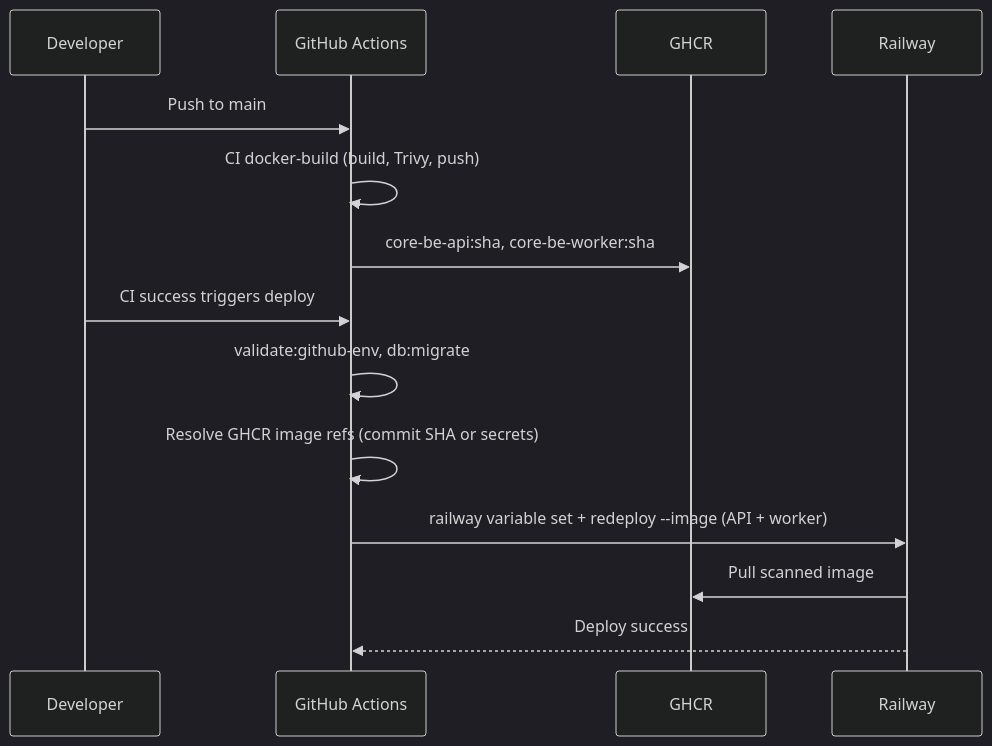
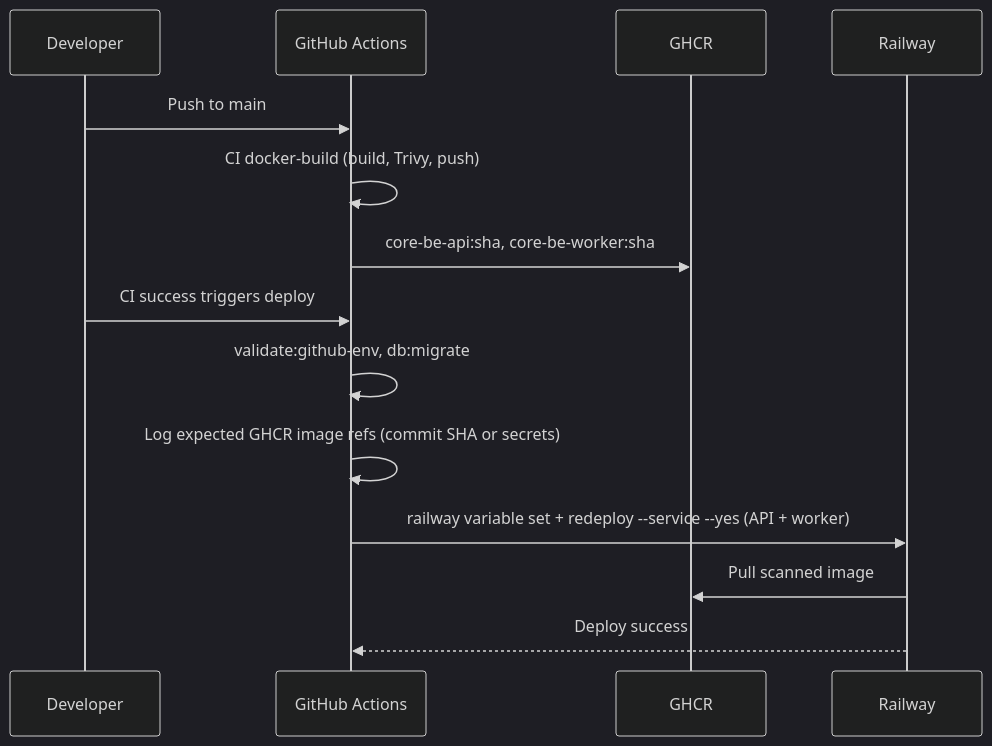
The fourth of 6 diagrams in docs/deployment/ci-cd/cicd-and-deployment.md (nikunjmavani/core-be), drawn with Mermaid (dark theme) before and after one commit. The commit also changed other lines of this file and 3 other files, not shown here.

First line of the commit message:
fix(ci): use supported Railway redeploy command

````diff
--- a/docs/deployment/ci-cd/cicd-and-deployment.md
+++ b/docs/deployment/ci-cd/cicd-and-deployment.md
@@ -219,17 +219,17 @@
 ```mermaid
 sequenceDiagram
   participant Dev as Developer
   participant GH as GitHub Actions
   participant GHCR as GHCR
   participant Railway as Railway
 
   Dev->>GH: Push to main
   GH->>GH: CI docker-build (build, Trivy, push)
   GH->>GHCR: core-be-api:sha, core-be-worker:sha
   Dev->>GH: CI success triggers deploy
   GH->>GH: validate:github-env, db:migrate
-  GH->>GH: Resolve GHCR image refs (commit SHA or secrets)
-  GH->>Railway: railway variable set + redeploy --image (API + worker)
+  GH->>GH: Log expected GHCR image refs (commit SHA or secrets)
+  GH->>Railway: railway variable set + redeploy --service --yes (API + worker)
   Railway->>GHCR: Pull scanned image
   Railway-->>GH: Deploy success
 ```
````
